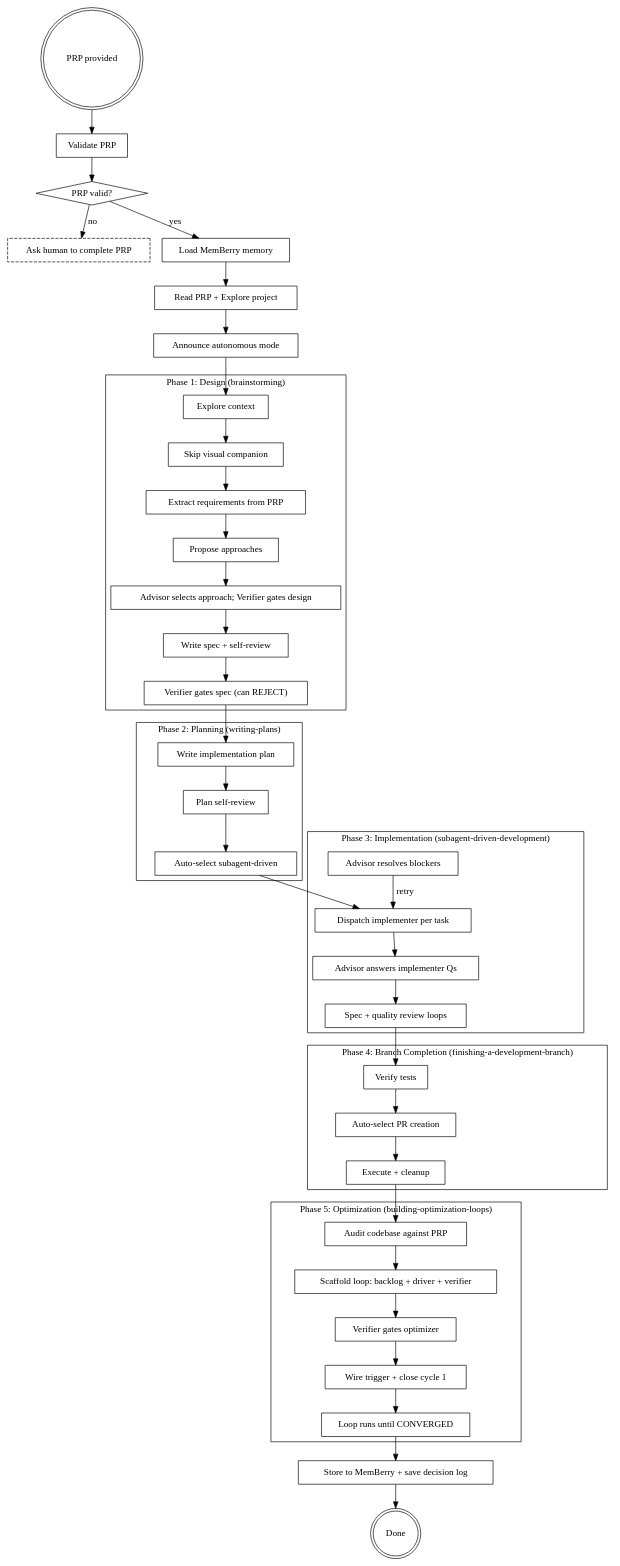
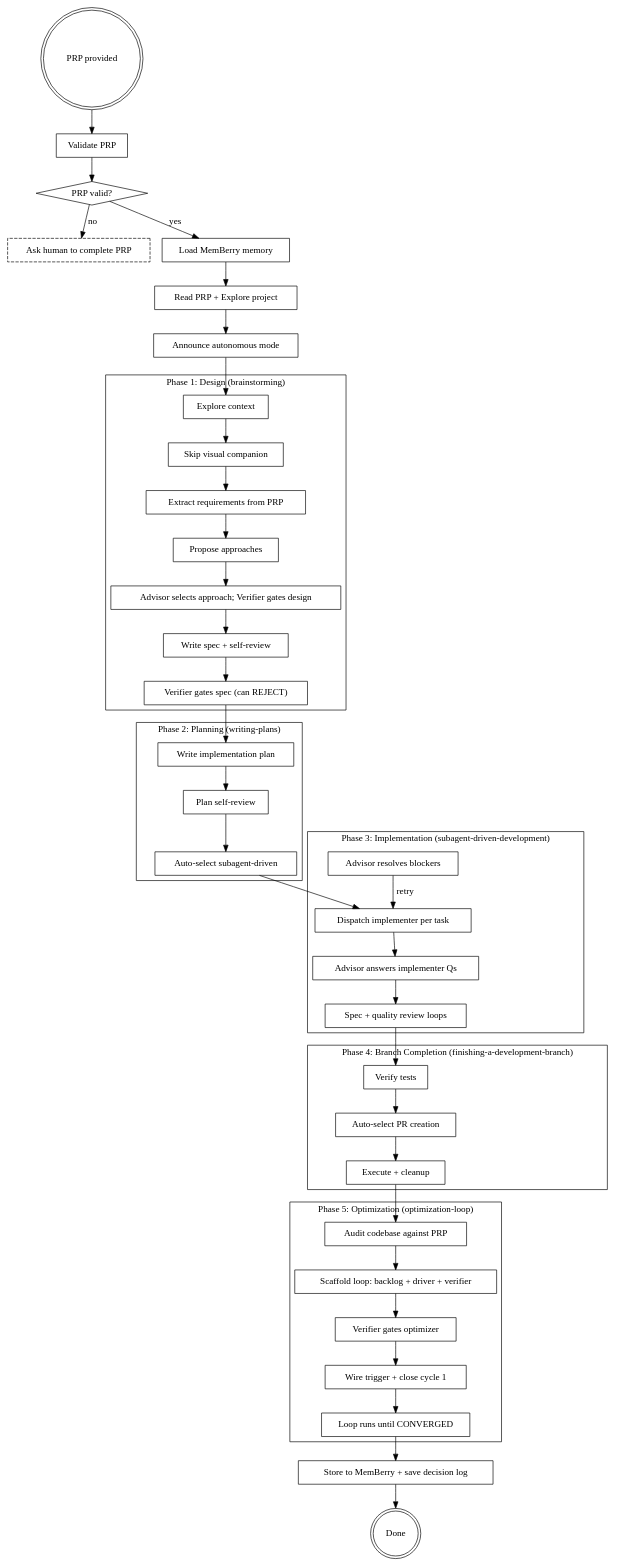
One commit to AP3X-Dev/skill-jar changed the diagram in autonomous-advisor/SKILL.md. Above: the diagram before and after it, drawn with Graphviz. The commit also changed other lines of this file and 12 other files, not shown here.

First line of the commit message:
Rename building-optimization-loops to optimization-loop

```diff
--- a/autonomous-advisor/SKILL.md
+++ b/autonomous-advisor/SKILL.md
@@ -336,7 +336,7 @@
     }
 
     subgraph cluster_optimize {
-        label="Phase 5: Optimization (building-optimization-loops)";
+        label="Phase 5: Optimization (optimization-loop)";
         "Audit codebase against PRP" [shape=box];
         "Scaffold loop: backlog + driver + verifier" [shape=box];
         "Verifier gates optimizer" [shape=box];
```
